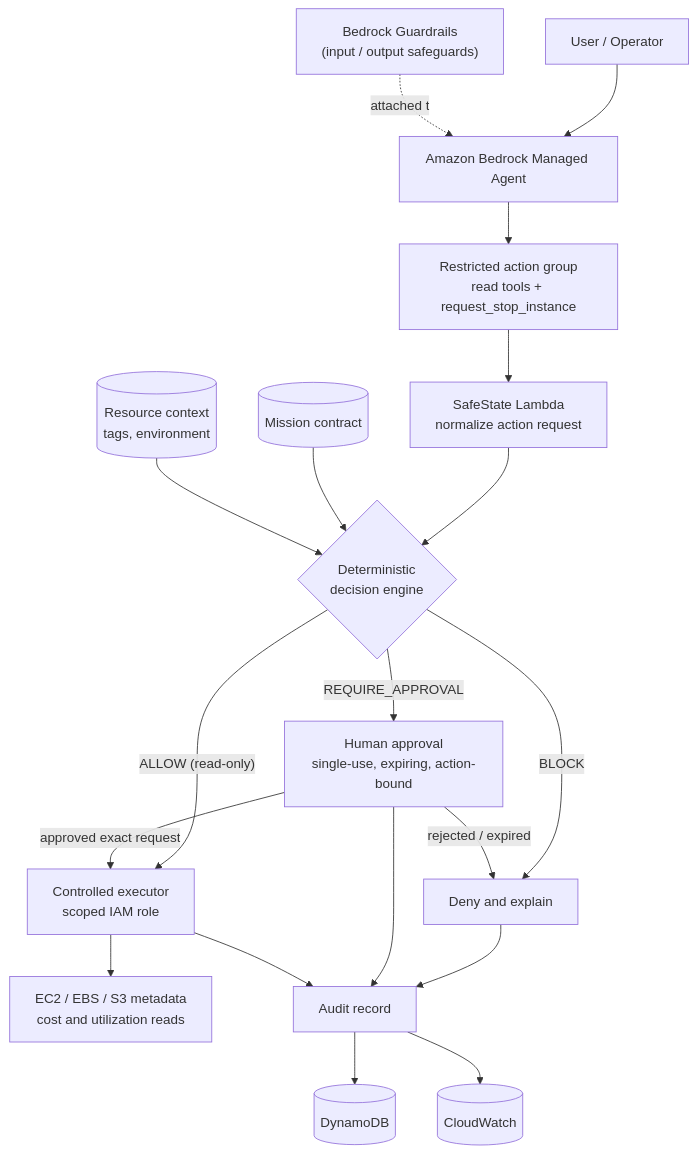
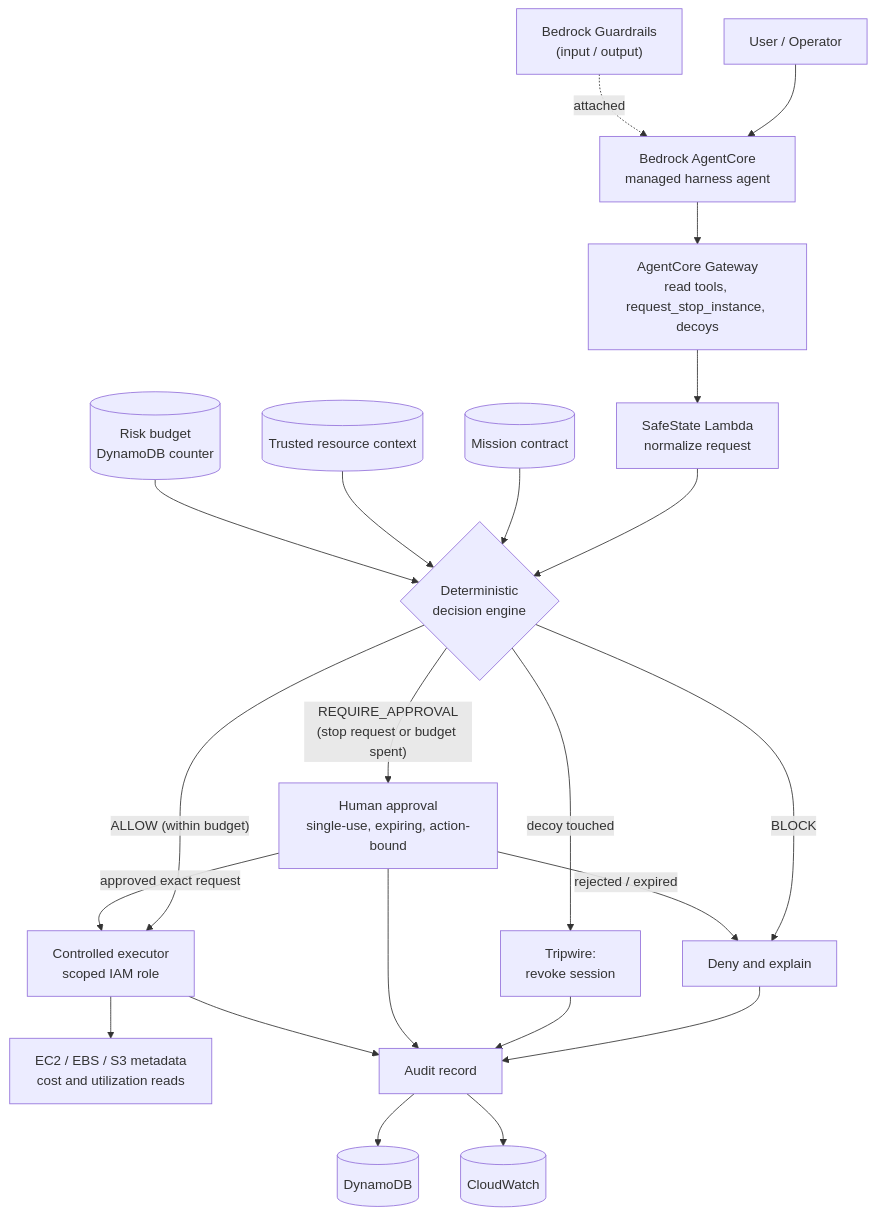
Before and after one commit to Ferdali10/safestate-aws: the diagram in README.md, drawn with Mermaid. The commit also changed other lines of this file and 2 other files, not shown here.

First line of the commit message:
docs: add risk budget (R8) and tripwires (R9), move to AgentCore

````diff
--- a/README.md
+++ b/README.md
@@ -99,24 +107,27 @@
 ```mermaid
 flowchart TD
-    U["User / Operator"] --> A["Amazon Bedrock Managed Agent"]
-    G["Bedrock Guardrails<br/>(input / output safeguards)"] -.attached to.-> A
-    A --> T["Restricted action group<br/>read tools + request_stop_instance"]
-    T --> S["SafeState Lambda<br/>normalize action request"]
+    U["User / Operator"] --> A["Bedrock AgentCore<br/>managed harness agent"]
+    GR["Bedrock Guardrails<br/>(input / output)"] -.->|attached| A
+    A --> GW["AgentCore Gateway<br/>read tools, request_stop_instance, decoys"]
+    GW --> S["SafeState Lambda<br/>normalize request"]
     S --> D{"Deterministic<br/>decision engine"}
     MC[("Mission contract")] --> D
-    RC[("Resource context<br/>tags, environment")] --> D
+    RC[("Trusted resource context")] --> D
+    RB[("Risk budget<br/>DynamoDB counter")] --> D
 
     D -- BLOCK --> X["Deny and explain"]
-    D -- "ALLOW (read-only)" --> E["Controlled executor<br/>scoped IAM role"]
-    D -- REQUIRE_APPROVAL --> H["Human approval<br/>single-use, expiring, action-bound"]
+    D -- "decoy touched" --> T["Tripwire:<br/>revoke session"]
+    D -- "ALLOW (within budget)" --> E["Controlled executor<br/>scoped IAM role"]
+    D -- "REQUIRE_APPROVAL<br/>(stop request or budget spent)" --> H["Human approval<br/>single-use, expiring, action-bound"]
     H -- "approved exact request" --> E
     H -- "rejected / expired" --> X
 
     E --> R["EC2 / EBS / S3 metadata<br/>cost and utilization reads"]
 
     X --> L["Audit record"]
+    T --> L
     H --> L
     E --> L
     L --> DB[("DynamoDB")]
     L --> CW[("CloudWatch")]
 ```
````
